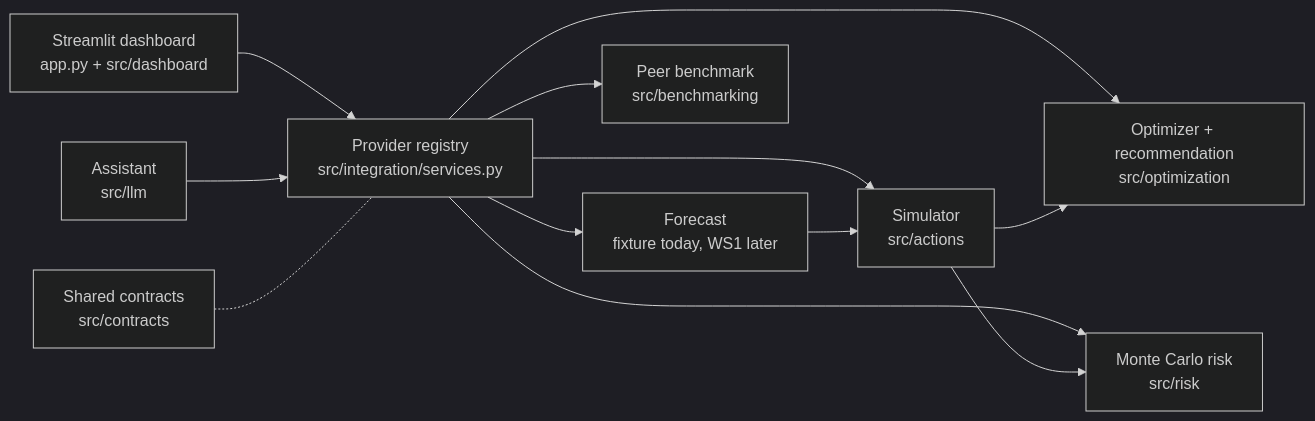
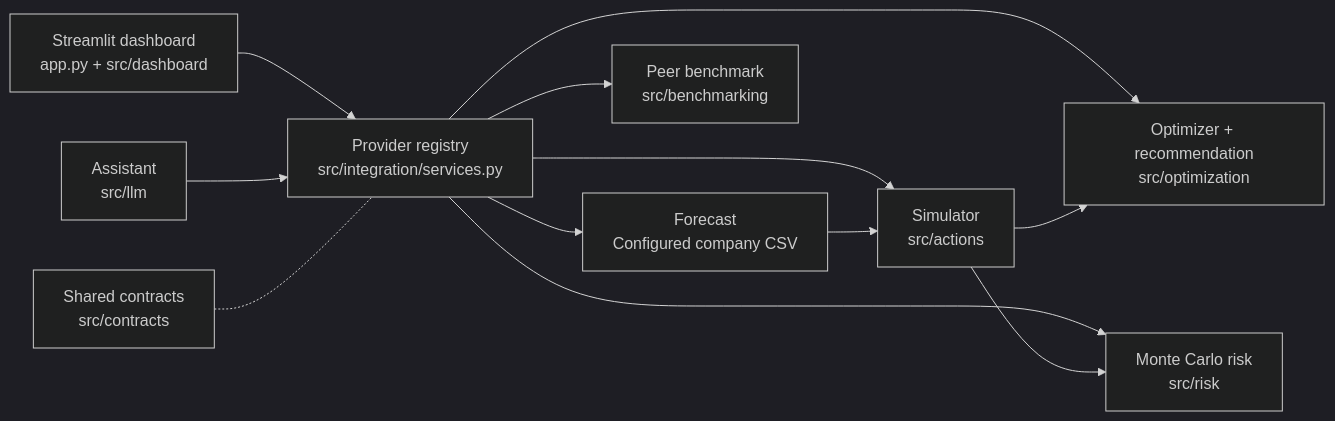
One commit to CemSarp/ADAHACK_SimpleMen changed the diagram in README.md. Above: the diagram before and after it, drawn with Mermaid (dark theme). The commit also changed other lines of this file and 25 other files, not shown here.

````diff
--- a/README.md
+++ b/README.md
@@ -99,14 +102,14 @@
 ```mermaid
 flowchart LR
     UI["Streamlit dashboard<br/>app.py + src/dashboard"] --> REG["Provider registry<br/>src/integration/services.py"]
     CHAT["Assistant<br/>src/llm"] --> REG
-    REG --> F["Forecast<br/>fixture today, WS1 later"]
+    REG --> F["Forecast<br/>Configured company CSV"]
     REG --> S["Simulator<br/>src/actions"]
     REG --> O["Optimizer + recommendation<br/>src/optimization"]
     REG --> R["Monte Carlo risk<br/>src/risk"]
     REG --> B["Peer benchmark<br/>src/benchmarking"]
     F --> S
     S --> O
     S --> R
     C["Shared contracts<br/>src/contracts"] -.- REG
 ```
````
